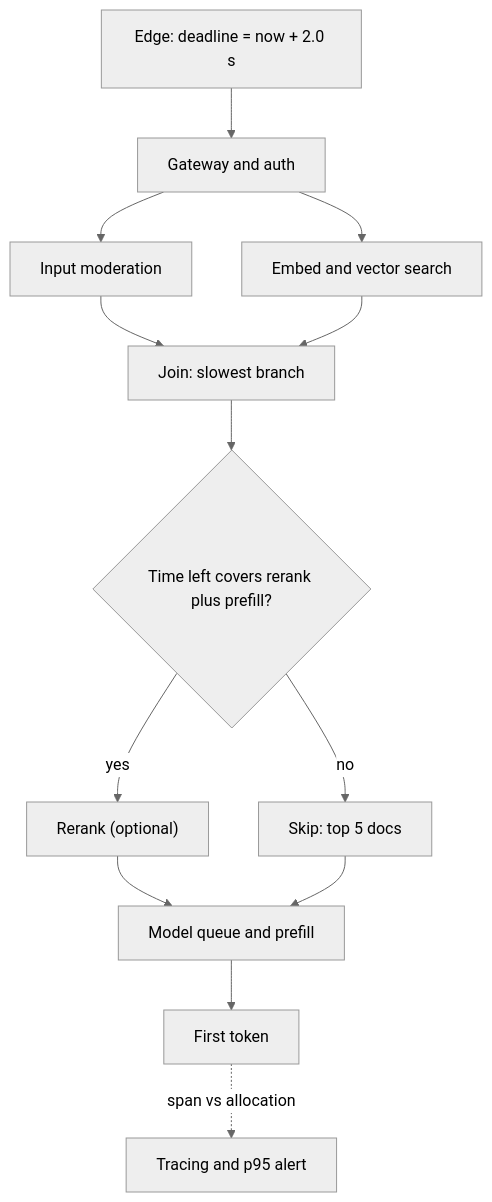
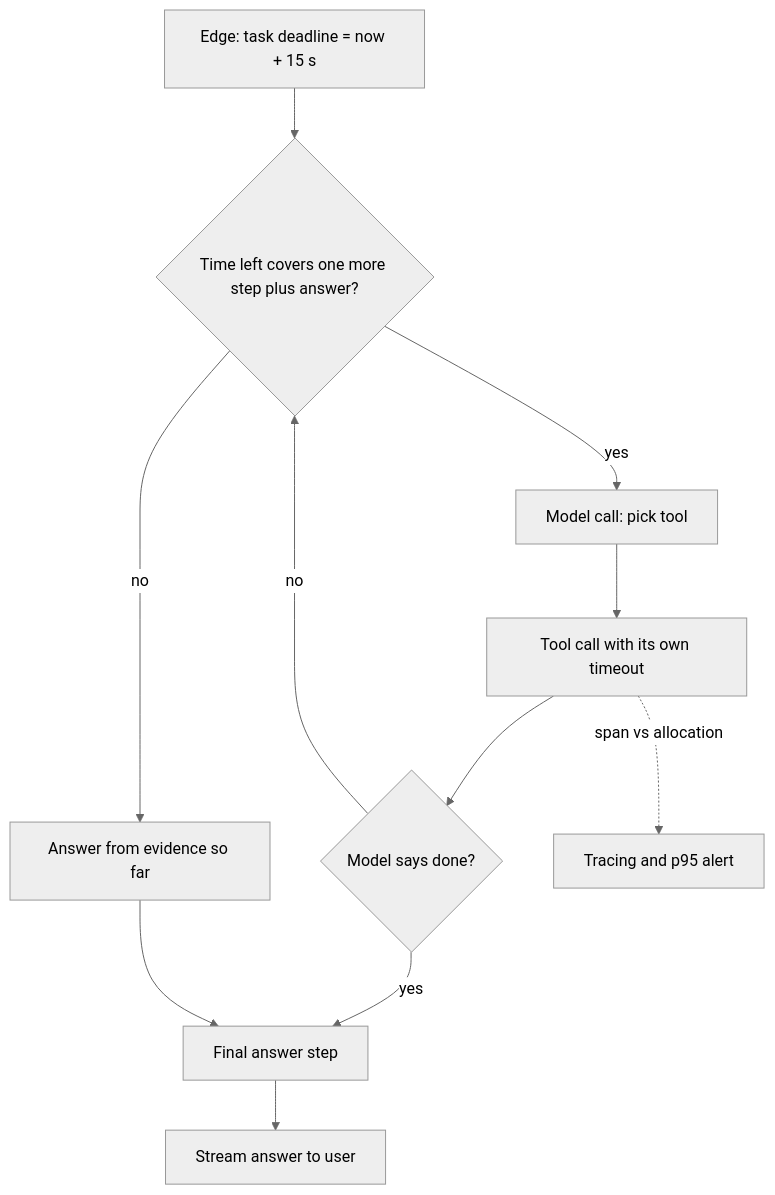
One commit to lovishmahajan97/agentic-learning changed the diagram in content/infra-capacity-economics/latency-budgets.md. Above: the diagram before and after it, drawn with Mermaid (neutral theme). The commit also changed other lines of this file and 266 other files, not shown here.

````diff
--- a/content/infra-capacity-economics/latency-budgets.md
+++ b/content/infra-capacity-economics/latency-budgets.md
@@ -105,15 +129,13 @@
 ```mermaid
 flowchart TD
-    E["Edge: deadline = now + 2.0 s"] --> G["Gateway and auth"]
-    G --> M["Input moderation"]
-    G --> R["Embed and vector search"]
-    M --> J["Join: slowest branch"]
-    R --> J
-    J --> C{"Time left covers rerank plus prefill?"}
-    C -->|"yes"| K["Rerank (optional)"]
-    C -->|"no"| F["Skip: top 5 docs"]
-    K --> P["Model queue and prefill"]
-    F --> P
-    P --> T["First token"]
+    E["Edge: task deadline = now + 15 s"] --> L{"Time left covers one more step plus answer?"}
+    L -->|"yes"| M["Model call: pick tool"]
+    M --> T["Tool call with its own timeout"]
+    T --> D{"Model says done?"}
+    D -->|"no"| L
+    D -->|"yes"| A["Final answer step"]
+    L -->|"no"| P["Answer from evidence so far"]
+    P --> A
+    A --> U["Stream answer to user"]
     T -.->|"span vs allocation"| O["Tracing and p95 alert"]
 ```
````
